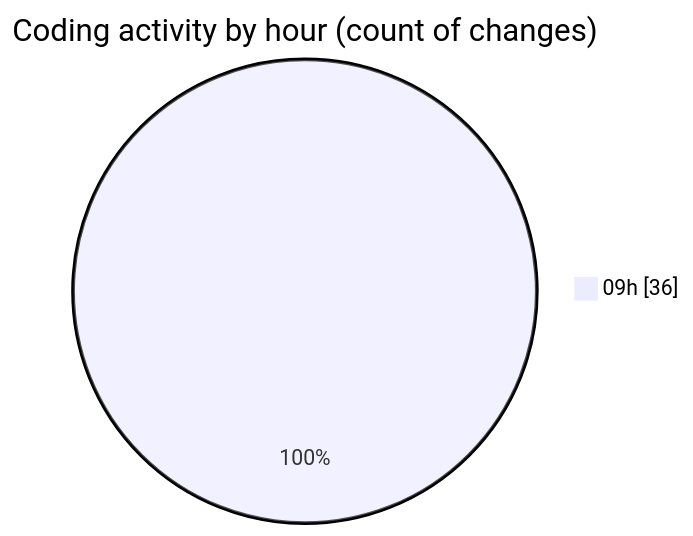
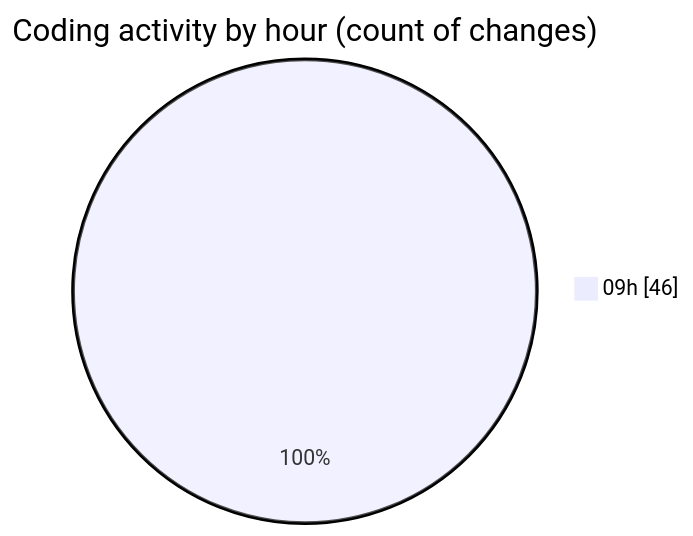
One commit to momahboobian/code-tracking changed the second of 2 diagrams in 2026-08-10/cda/README.md. Above: the diagram before and after it, drawn with Mermaid. The commit also changed other lines of this file and 1 other file, not shown here.

````diff
--- a/2026-08-10/cda/README.md
+++ b/2026-08-10/cda/README.md
@@ -32,5 +32,5 @@
 ```mermaid
 pie showData
 title Coding activity by hour (count of changes)
-"09h" : 36
+"09h" : 46
 ```
````
